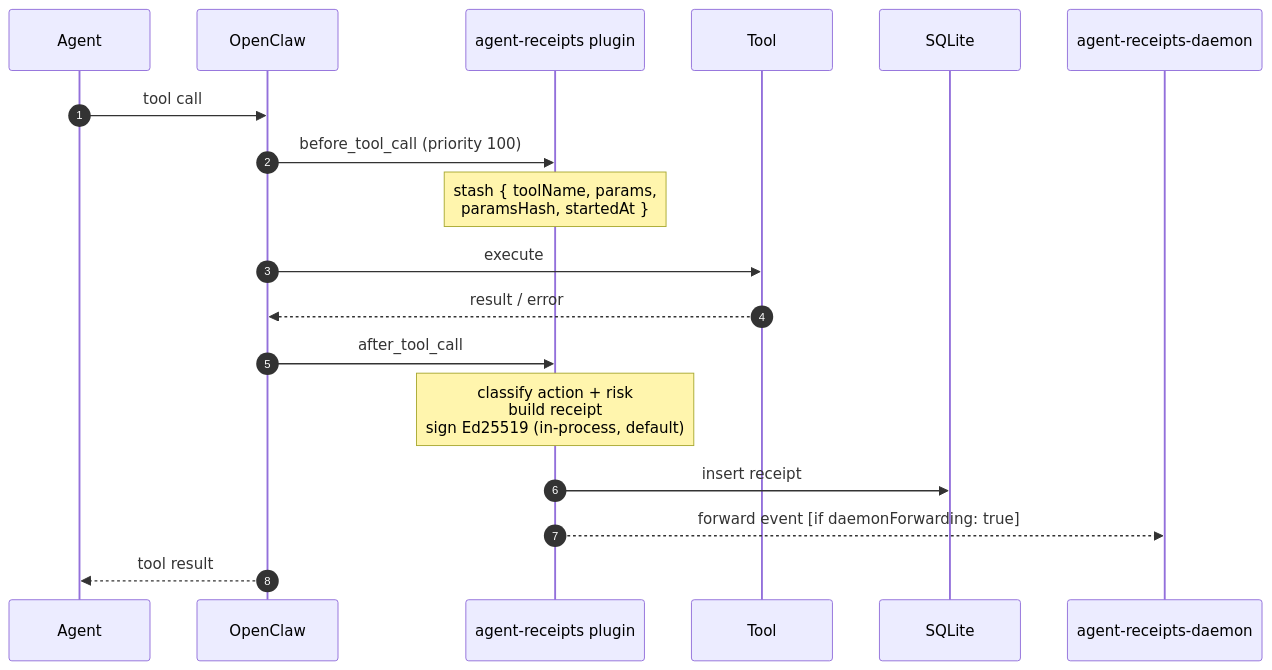
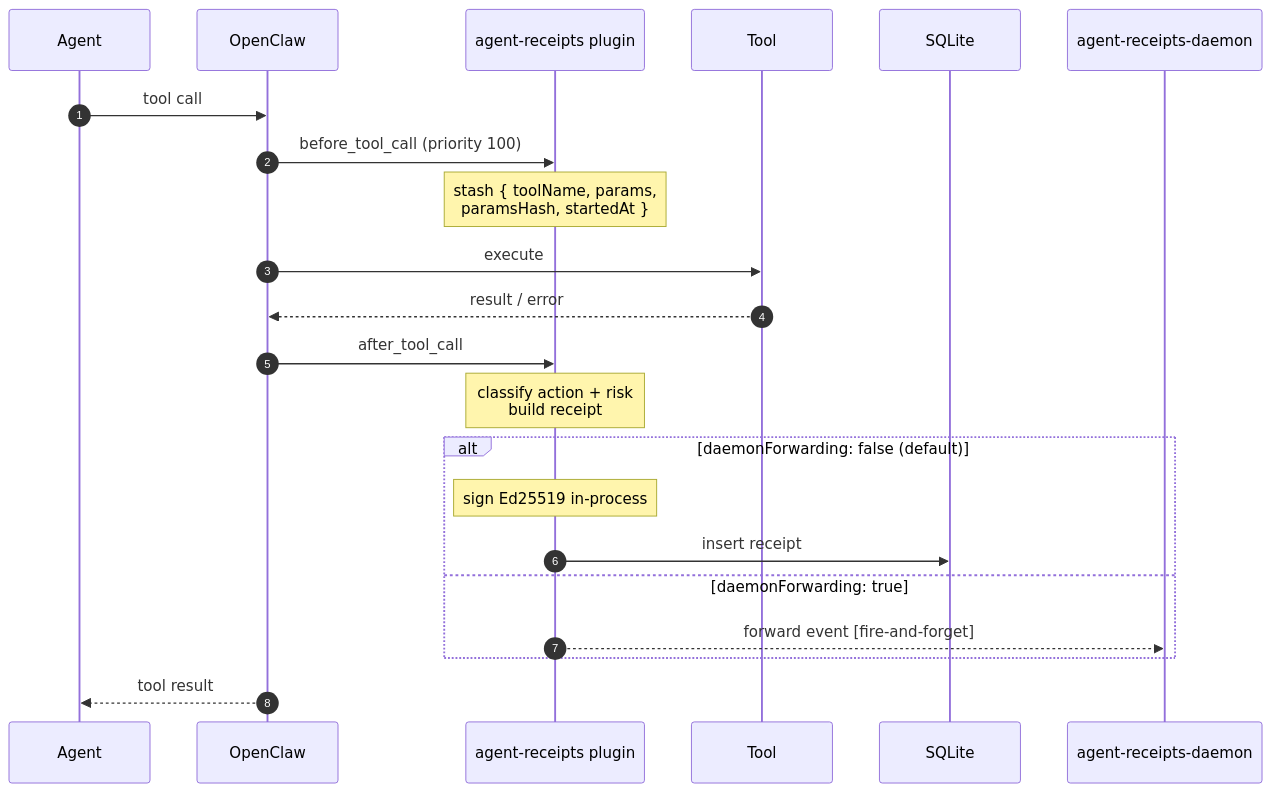
Before and after one commit to agent-receipts/ar: the diagram in site/src/content/docs/blog/openclaw-plugin-deep-dive.mdx, drawn with Mermaid.

Commit message:
docs(site): fix blog Mermaid per Copilot review on PR #399
Gap 7.1: daemon forwarding shown as sequential second step after local
signing, but it is an alternative path. Restructured using Mermaid 'alt'
block — default (daemonForwarding: false) signs in-process and inserts
to local DB; daemonForwarding: true forwards to daemon instead.

````diff
--- a/site/src/content/docs/blog/openclaw-plugin-deep-dive.mdx
+++ b/site/src/content/docs/blog/openclaw-plugin-deep-dive.mdx
@@ -30,21 +30,25 @@
 ```mermaid
 sequenceDiagram
     autonumber
     participant Agent
     participant OpenClaw
     participant Plugin as agent-receipts plugin
     participant Tool
     participant DB as SQLite
     participant Daemon as agent-receipts-daemon
 
     Agent->>OpenClaw: tool call
     OpenClaw->>Plugin: before_tool_call (priority 100)
     Note over Plugin: stash { toolName, params,<br/>paramsHash, startedAt }
     OpenClaw->>Tool: execute
     Tool-->>OpenClaw: result / error
     OpenClaw->>Plugin: after_tool_call
-    Note over Plugin: classify action + risk<br/>build receipt<br/>sign Ed25519 (in-process, default)
-    Plugin->>DB: insert receipt
-    Plugin-->>Daemon: forward event [if daemonForwarding: true]
+    Note over Plugin: classify action + risk<br/>build receipt
+    alt daemonForwarding: false (default)
+      Note over Plugin: sign Ed25519 in-process
+      Plugin->>DB: insert receipt
+    else daemonForwarding: true
+      Plugin-->>Daemon: forward event [fire-and-forget]
+    end
     OpenClaw-->>Agent: tool result
 ```
````
